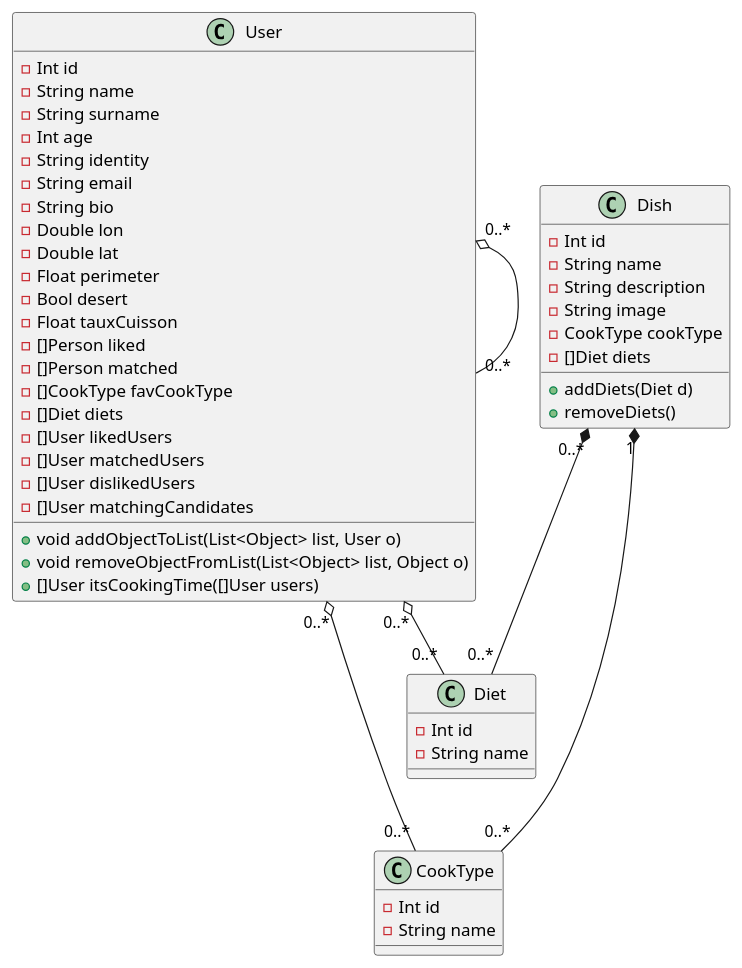
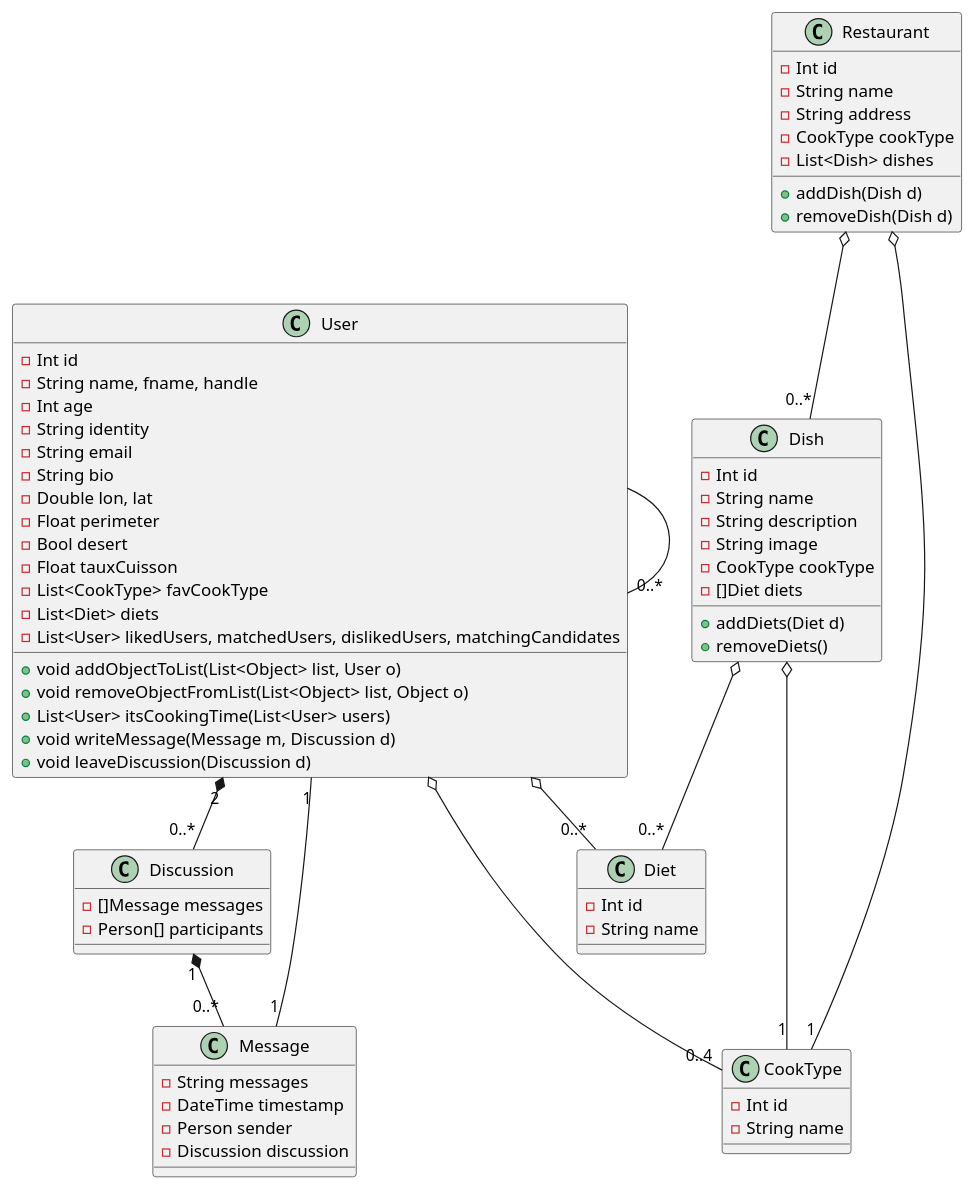
One commit to UPPA-s-University-Projects/M1_SIGLIS-MeetBallsUML changed the diagram in class/general.puml. Above: the diagram before and after it, drawn with PlantUML. The commit also changed 1 other file, not shown here.

Commit message:
update Class diagram

```diff
--- a/class/general.puml
+++ b/class/general.puml
@@ -1,59 +1,87 @@
 @startuml 
     Class "User" as person{
    
         - Int id
-        - String name
-        - String surname
+        - String name, fname, handle
         - Int age
         - String identity
         - String email
         - String bio
-        - Double lon
-        - Double lat
+        - Double lon, lat
         - Float perimeter
         - Bool desert
         - Float tauxCuisson 
-        - []Person liked
-        - []Person matched
-        - []CookType favCookType
-        - []Diet diets
-        - []User likedUsers
-        - []User matchedUsers
-        - []User dislikedUsers
-        - []User matchingCandidates
+        - List<CookType> favCookType
+        - List<Diet> diets
+        - List<User> likedUsers, matchedUsers, dislikedUsers, matchingCandidates
 
         + void addObjectToList(List<Object> list, User o)
         + void removeObjectFromList(List<Object> list, Object o)
-        + []User itsCookingTime([]User users)
-
+        + List<User> itsCookingTime(List<User> users)
+        + void writeMessage(Message m, Discussion d)
+        + void leaveDiscussion(Discussion d)
+        
     }
 
     Class "CookType" as cookType{
         - Int id
         - String name
     }
 
     Class "Diet" as diet{
         - Int id
         - String name
     }
 
     Class "Dish" as dish{
         - Int id
         - String name
         - String description
         - String image
         - CookType cookType
         - []Diet diets
 
         + addDiets(Diet d)
         + removeDiets()
+
     }
 
-    person "0..*" o-- "0..*" cookType
-    person "0..*" o-- "0..*" diet
+    Class "Restaurant" as restaurant{
+        - Int id
+        - String name
+        - String address
+        - CookType cookType
+        - List<Dish> dishes
 
-    dish "1" *--- "0..*" cookType
-    dish "0..*" *-- "0..*" diet
-    person "0..*" o- "0..*" person
+        + addDish(Dish d)
+        + removeDish(Dish d)
+    }
+
+
+    Class "Message" as messaging{
+        - String messages        
+        - DateTime timestamp
+        - Person sender
+        - Discussion discussion
+    }
+
+    Class "Discussion" as discuss{
+        - []Message messages
+        - Person[] participants
+    }
+
+    person o-- "0..4" cookType
+    person o-- "0..*" diet
+    person - "0..*" person
+
+    dish o--- "1" cookType
+    dish o-- "0..*" diet
+    
+    discuss "1" *-- "0..*" messaging
+    messaging "1" -- "1" person
+    person "2" *-- "0..*" discuss
+
+    restaurant o-- "1" cookType
+    restaurant o-- "0..*" dish
+
 @enduml
```
